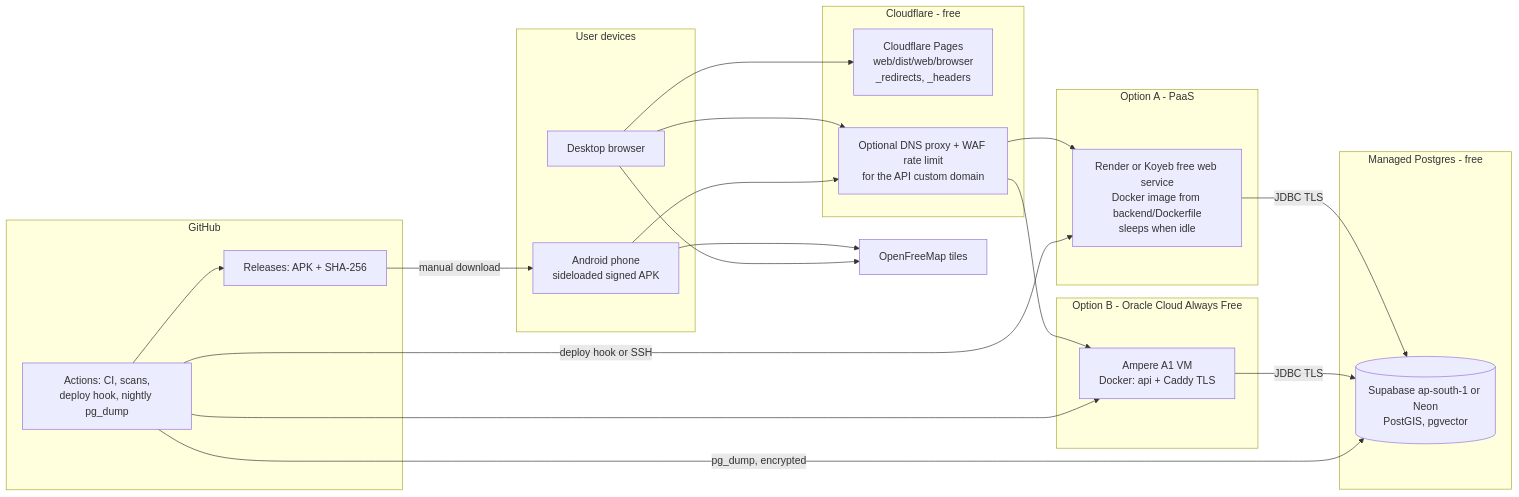
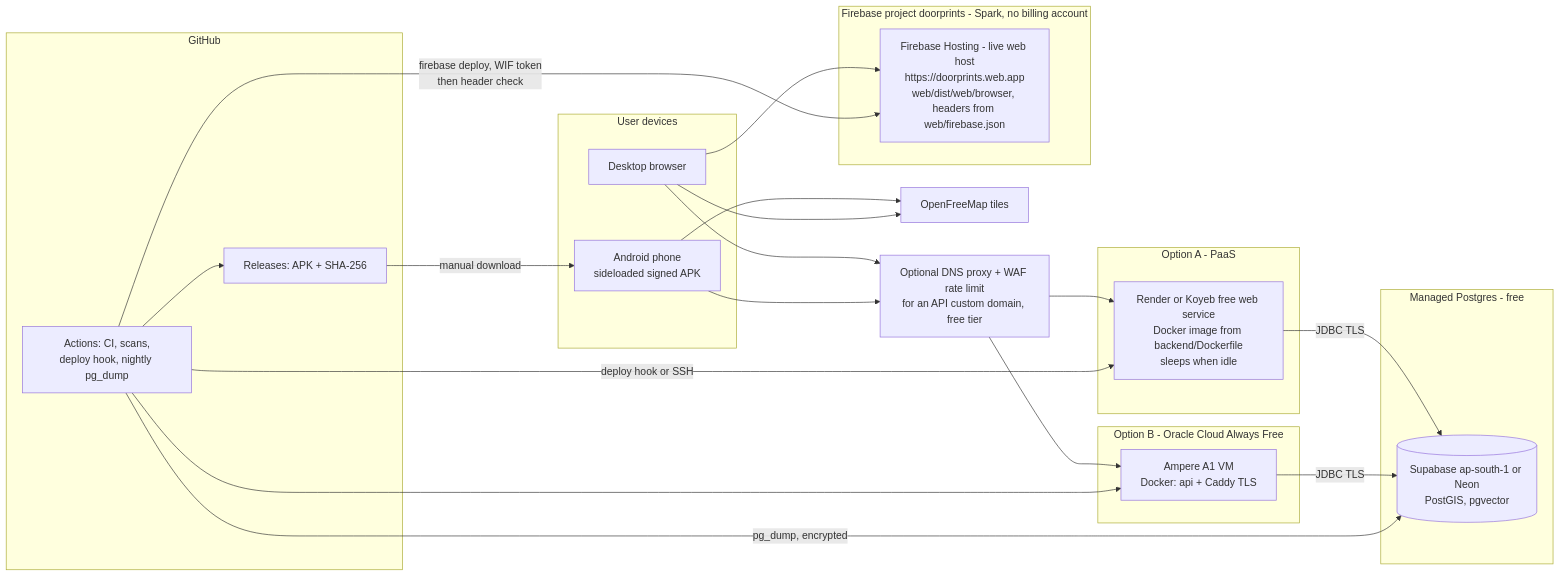
One commit to Sriram-Codes-SW/doorprints changed the sixth of 17 diagrams in docs/03-design.md. Above: the diagram before and after it, drawn with Mermaid. The commit also changed other lines of this file and 17 other files, not shown here.

First line of the commit message:
docs: Sprint 4a SSDLC updates, hosting ADR (Firebase), brand/naming, import definition, design+security self-check playbooks

````diff
--- a/docs/03-design.md
+++ b/docs/03-design.md
@@ -279,39 +291,40 @@
 ```mermaid
 flowchart LR
     subgraph user["User devices"]
         phone["Android phone<br/>sideloaded signed APK"]
         pc["Desktop browser"]
     end
-    subgraph cf["Cloudflare - free"]
-        pages["Cloudflare Pages<br/>web/dist/web/browser<br/>_redirects, _headers"]
-        proxy["Optional DNS proxy + WAF rate limit<br/>for the API custom domain"]
+    subgraph fb["Firebase project doorprints - Spark, no billing account"]
+        pages["Firebase Hosting - live web host<br/>https://doorprints.web.app<br/>web/dist/web/browser, headers from web/firebase.json"]
     end
+    proxy["Optional DNS proxy + WAF rate limit<br/>for an API custom domain, free tier"]
     subgraph optA["Option A - PaaS"]
         render["Render or Koyeb free web service<br/>Docker image from backend/Dockerfile<br/>sleeps when idle"]
     end
     subgraph optB["Option B - Oracle Cloud Always Free"]
         vm["Ampere A1 VM<br/>Docker: api + Caddy TLS"]
     end
     subgraph dbp["Managed Postgres - free"]
         pg[("Supabase ap-south-1 or Neon<br/>PostGIS, pgvector")]
     end
     subgraph gh["GitHub"]
         actions["Actions: CI, scans,<br/>deploy hook, nightly pg_dump"]
         rel["Releases: APK + SHA-256"]
     end
     tiles["OpenFreeMap tiles"]
     pc --> pages
     pc --> proxy
     phone --> proxy
     proxy --> render
     proxy --> vm
     render -->|"JDBC TLS"| pg
     vm -->|"JDBC TLS"| pg
     phone --> tiles
     pc --> tiles
     actions -->|"deploy hook or SSH"| render
     actions --> vm
     actions -->|"pg_dump, encrypted"| pg
     actions --> rel
+    actions -->|"firebase deploy, WIF token<br/>then header check"| pages
     rel -->|"manual download"| phone
 ```
````
